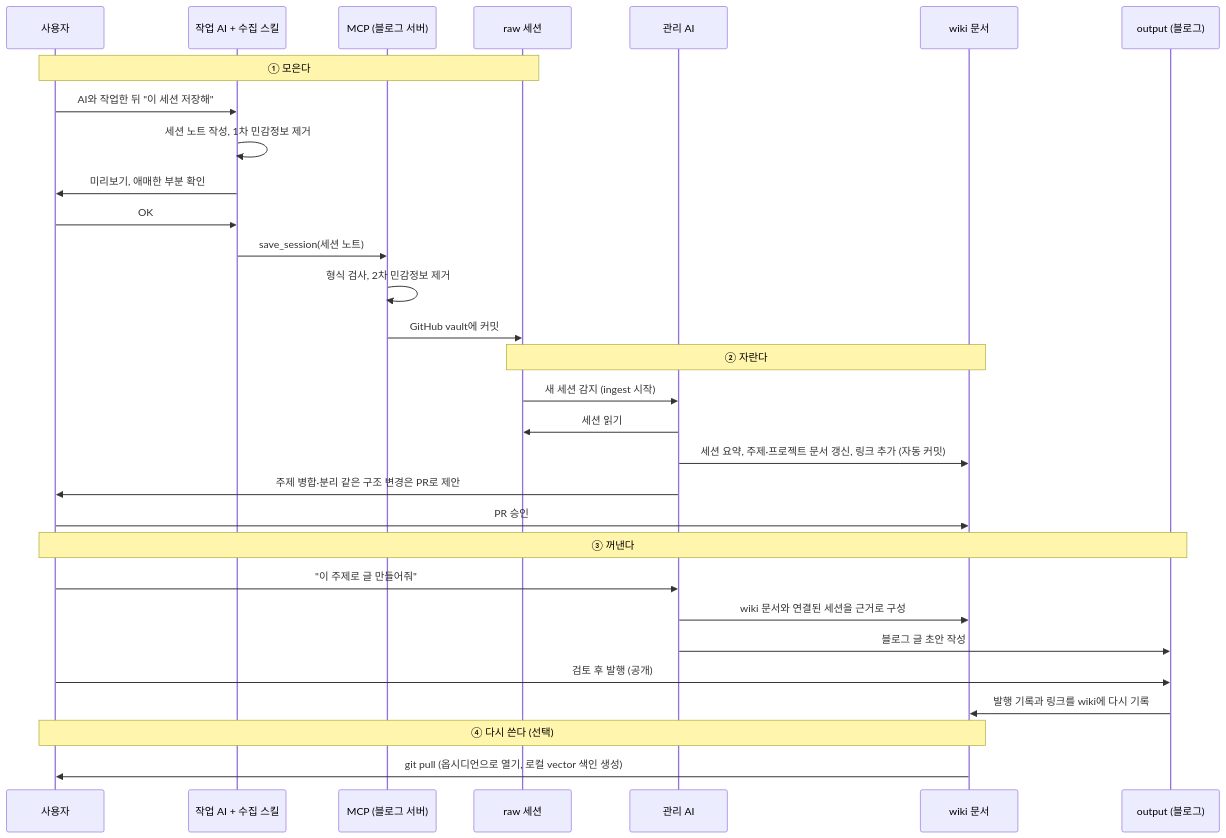
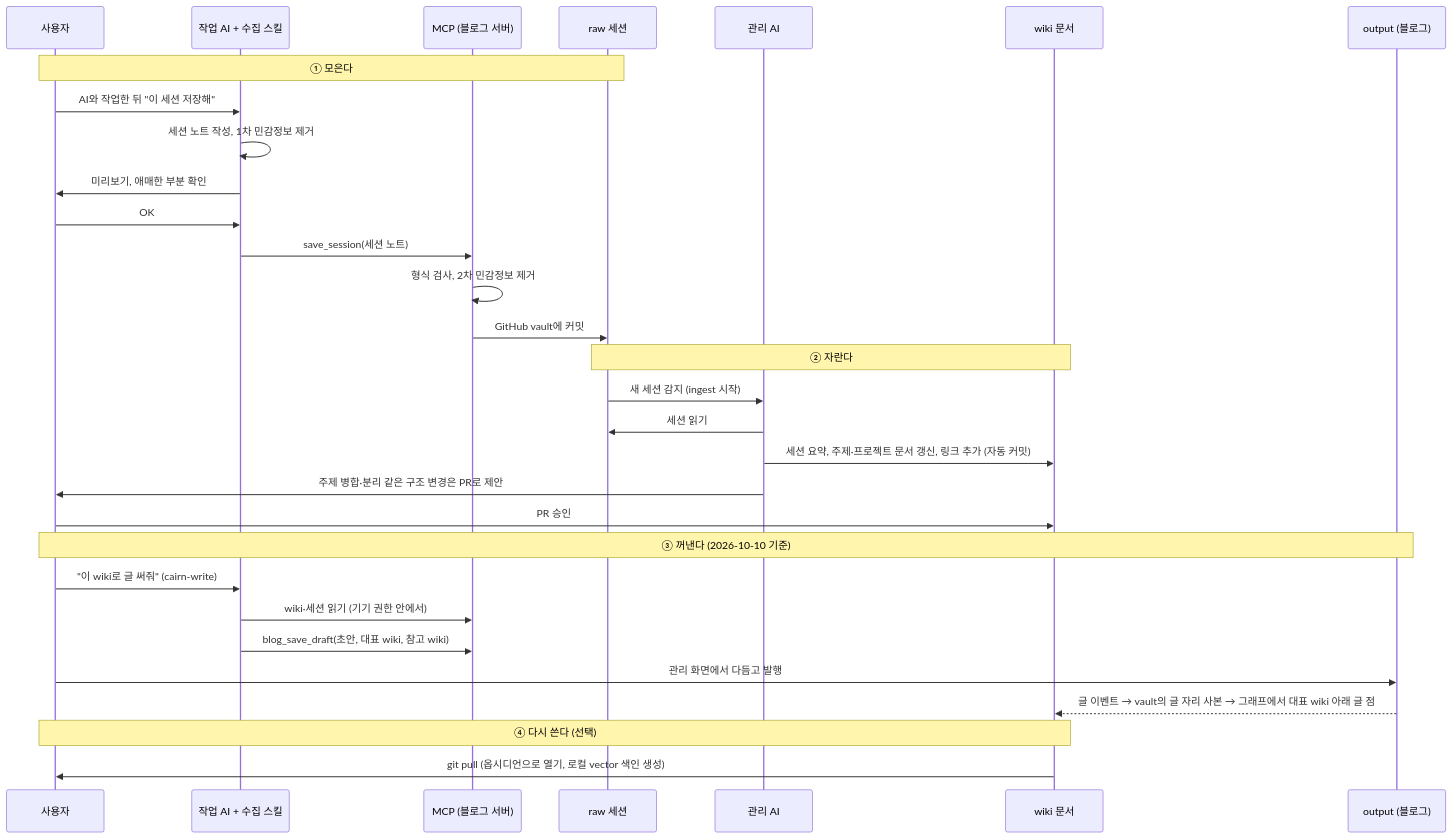
Before and after one commit to KangminNa/blog: the diagram in docs/기획서.md, drawn with Mermaid. The commit also changed other lines of this file and 4 other files, not shown here.

````diff
--- a/docs/기획서.md
+++ b/docs/기획서.md
@@ -119,36 +121,36 @@
 ```mermaid
 sequenceDiagram
     participant U as 사용자
     participant S as 작업 AI + 수집 스킬
     participant M as MCP (블로그 서버)
     participant R as raw 세션
     participant A as 관리 AI
     participant W as wiki 문서
     participant O as output (블로그)
 
     Note over U,R: ① 모은다
     U->>S: AI와 작업한 뒤 "이 세션 저장해"
     S->>S: 세션 노트 작성, 1차 민감정보 제거
     S->>U: 미리보기, 애매한 부분 확인
     U->>S: OK
     S->>M: save_session(세션 노트)
     M->>M: 형식 검사, 2차 민감정보 제거
     M->>R: GitHub vault에 커밋
 
     Note over R,W: ② 자란다
     R->>A: 새 세션 감지 (ingest 시작)
     A->>R: 세션 읽기
     A->>W: 세션 요약, 주제·프로젝트 문서 갱신, 링크 추가 (자동 커밋)
     A->>U: 주제 병합·분리 같은 구조 변경은 PR로 제안
     U->>W: PR 승인
 
-    Note over U,O: ③ 꺼낸다
-    U->>A: "이 주제로 글 만들어줘"
-    A->>W: wiki 문서와 연결된 세션을 근거로 구성
-    A->>O: 블로그 글 초안 작성
-    U->>O: 검토 후 발행 (공개)
-    O->>W: 발행 기록과 링크를 wiki에 다시 기록
+    Note over U,O: ③ 꺼낸다 (2026-10-10 기준)
+    U->>S: "이 wiki로 글 써줘" (cairn-write)
+    S->>M: wiki·세션 읽기 (기기 권한 안에서)
+    S->>M: blog_save_draft(초안, 대표 wiki, 참고 wiki)
+    U->>O: 관리 화면에서 다듬고 발행
+    O-->>W: 글 이벤트 → vault의 글 자리 사본 → 그래프에서 대표 wiki 아래 글 점
 
     Note over U,W: ④ 다시 쓴다 (선택)
     W->>U: git pull (옵시디언으로 열기, 로컬 vector 색인 생성)
 ```
````
